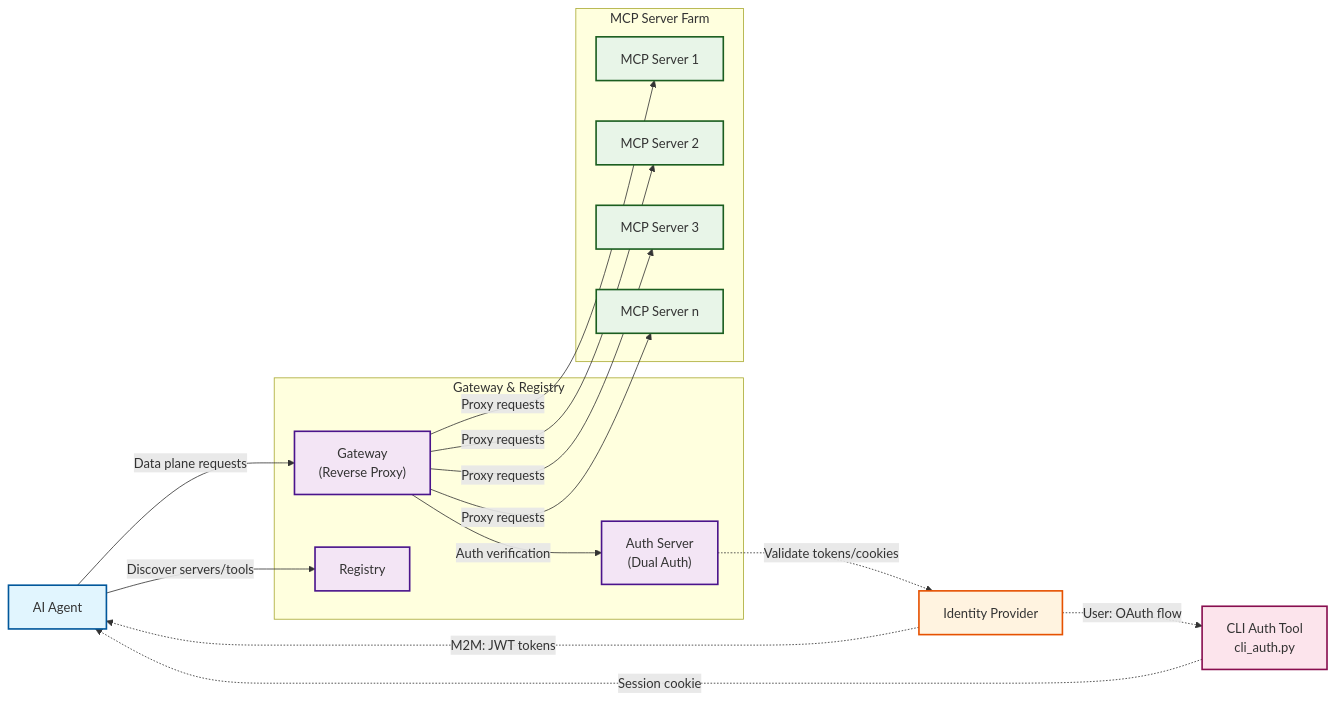
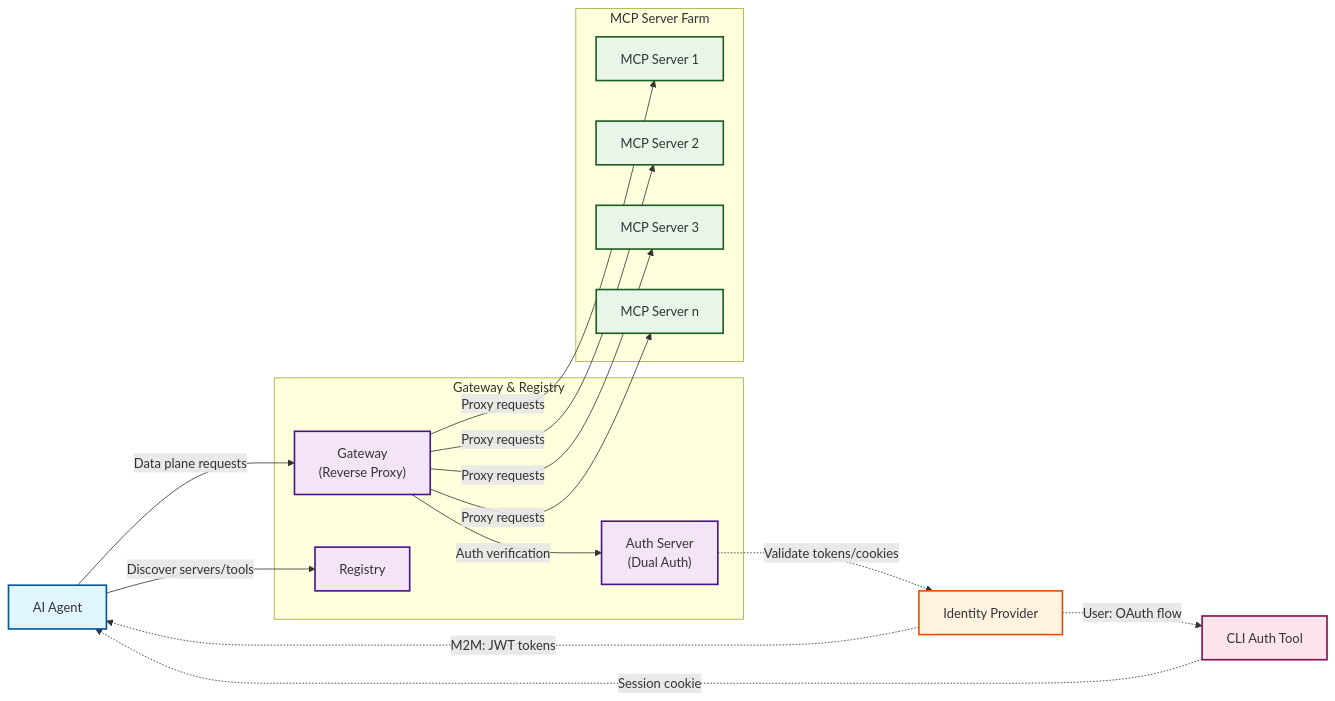
One commit to ascending-llc/mcp-gateway-registry changed the first of 2 diagrams in docs/auth.md. Above: the diagram before and after it, drawn with Mermaid. The commit also changed other lines of this file, not shown here.

Commit message:
Refined auth docs;

````diff
--- a/docs/auth.md
+++ b/docs/auth.md
@@ -21,54 +21,54 @@
 ```mermaid
 graph LR
     %% AI Agent
     Agent[AI Agent]
     
     %% CLI Auth Tool
-    CLIAuth[CLI Auth Tool<br/>cli_auth.py]
+    CLIAuth[CLI Auth Tool]
     
     %% Identity Provider
     IdP[Identity Provider]
     
     %% Gateway and Registry Block
     subgraph GwReg["Gateway & Registry"]
         Gateway["Gateway<br/>(Reverse Proxy)"]
         Registry[Registry]
         AuthServer["Auth Server<br/>(Dual Auth)"]
     end
     
     %% MCP Server Farm
     subgraph MCPFarm["MCP Server Farm"]
         MCP1[MCP Server 1]
         MCP2[MCP Server 2]
         MCP3[MCP Server 3]
         MCPn[MCP Server n]
     end
     
     %% Connections
     Agent -->|Discover servers/tools| Registry
     Agent -->|Data plane requests| Gateway
     Gateway -->|Auth verification| AuthServer
     Gateway -->|Proxy requests| MCP1
     Gateway -->|Proxy requests| MCP2
     Gateway -->|Proxy requests| MCP3
     Gateway -->|Proxy requests| MCPn
     
     %% Auth flow
     IdP -.->|M2M: JWT tokens| Agent
     IdP -.->|User: OAuth flow| CLIAuth
     CLIAuth -.->|Session cookie| Agent
     AuthServer -.->|Validate tokens/cookies| IdP
     
     %% Styling
     classDef agentStyle fill:#e1f5fe,stroke:#01579b,stroke-width:2px
     classDef idpStyle fill:#fff3e0,stroke:#e65100,stroke-width:2px
     classDef gwregStyle fill:#f3e5f5,stroke:#4a148c,stroke-width:2px
     classDef mcpStyle fill:#e8f5e8,stroke:#1b5e20,stroke-width:2px
     classDef cliStyle fill:#fce4ec,stroke:#880e4f,stroke-width:2px
     
     class Agent agentStyle
     class IdP idpStyle
     class Gateway,Registry,AuthServer gwregStyle
     class MCP1,MCP2,MCP3,MCPn mcpStyle
     class CLIAuth cliStyle
 ```
````
